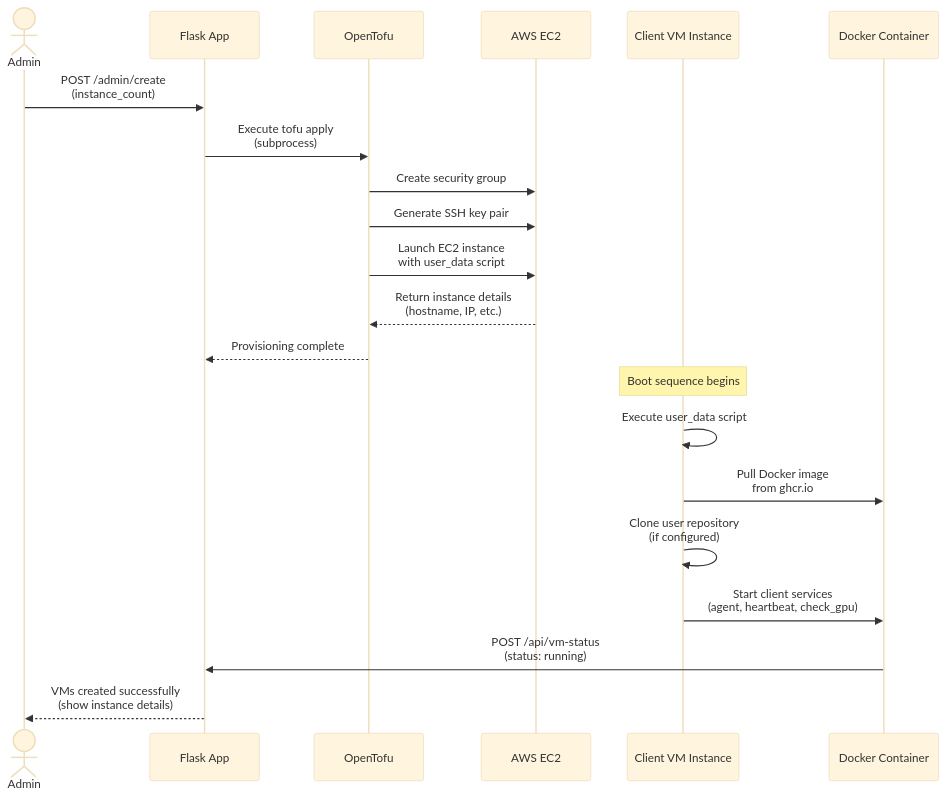
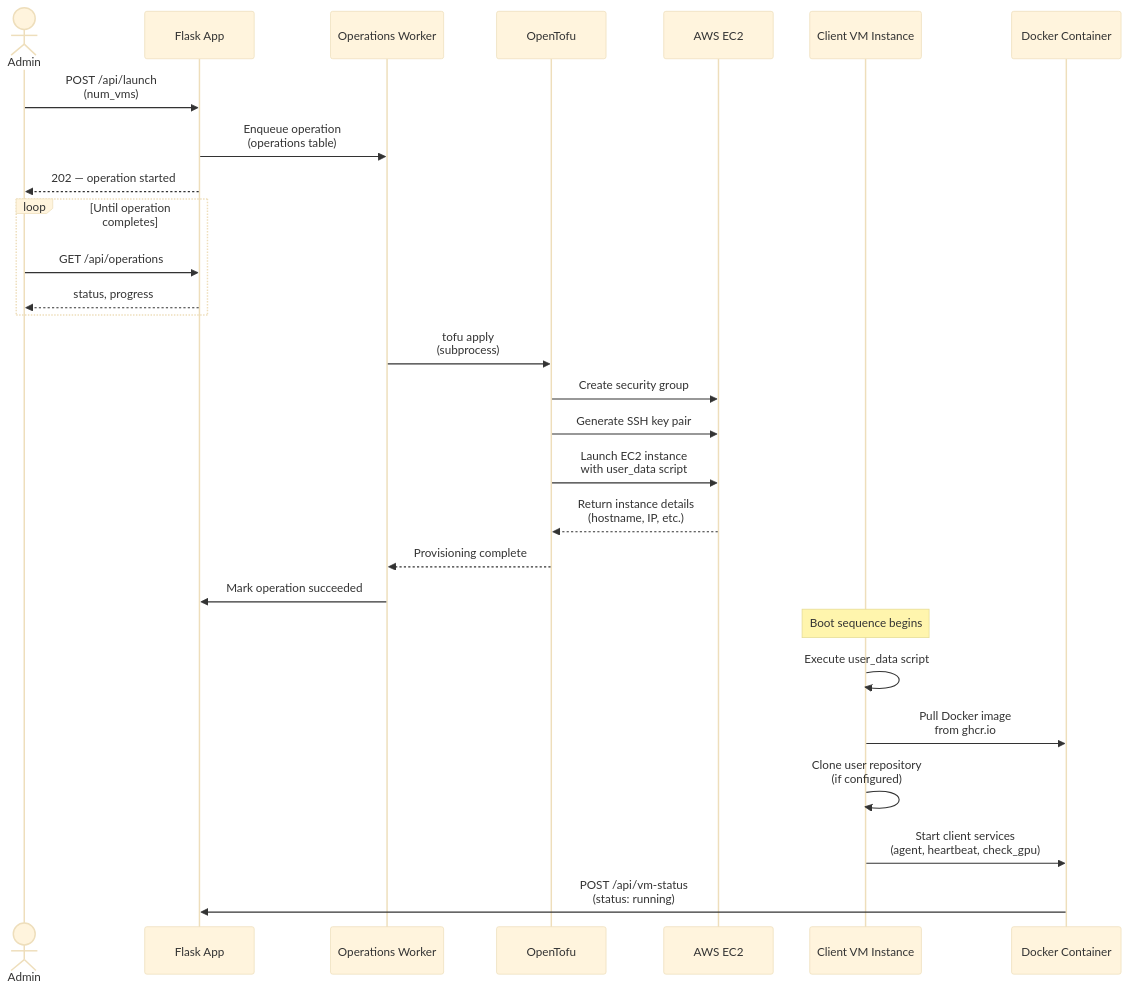
The fourth of 5 diagrams in docs/architecture.md (talmolab/lablink), drawn with Mermaid (base theme) before and after one commit. The commit also changed other lines of this file and 1 other file, not shown here.

First line of the commit message:
docs: refresh architecture.md and workflows.md to current system

````diff
--- a/docs/architecture.md
+++ b/docs/architecture.md
@@ -404,28 +443,35 @@
 ```mermaid
 sequenceDiagram
     actor Admin
     participant Flask as Flask App
+    participant Worker as Operations Worker
     participant OpenTofu
     participant AWS as AWS EC2
     participant VM as Client VM Instance
     participant Docker as Docker Container
 
-    Admin->>Flask: POST /admin/create<br/>(instance_count)
-    Flask->>OpenTofu: Execute tofu apply<br/>(subprocess)
+    Admin->>Flask: POST /api/launch<br/>(num_vms)
+    Flask->>Worker: Enqueue operation<br/>(operations table)
+    Flask-->>Admin: 202 — operation started
 
+    loop Until operation completes
+        Admin->>Flask: GET /api/operations
+        Flask-->>Admin: status, progress
+    end
+
+    Worker->>OpenTofu: tofu apply<br/>(subprocess)
     OpenTofu->>AWS: Create security group
     OpenTofu->>AWS: Generate SSH key pair
     OpenTofu->>AWS: Launch EC2 instance<br/>with user_data script
     AWS-->>OpenTofu: Return instance details<br/>(hostname, IP, etc.)
-    OpenTofu-->>Flask: Provisioning complete
+    OpenTofu-->>Worker: Provisioning complete
+    Worker->>Flask: Mark operation succeeded
 
     Note over VM: Boot sequence begins
     VM->>VM: Execute user_data script
 
     VM->>Docker: Pull Docker image<br/>from ghcr.io
     VM->>VM: Clone user repository<br/>(if configured)
     VM->>Docker: Start client services<br/>(agent, heartbeat, check_gpu)
     Docker->>Flask: POST /api/vm-status<br/>(status: running)
-
-    Flask-->>Admin: VMs created successfully<br/>(show instance details)
 ```
````
